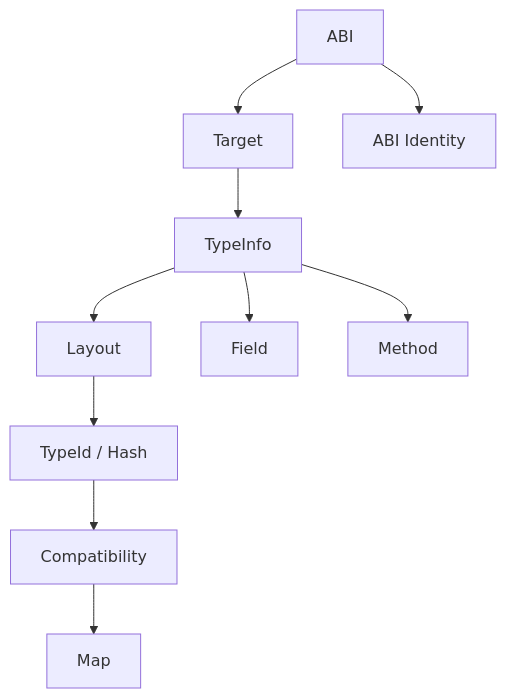
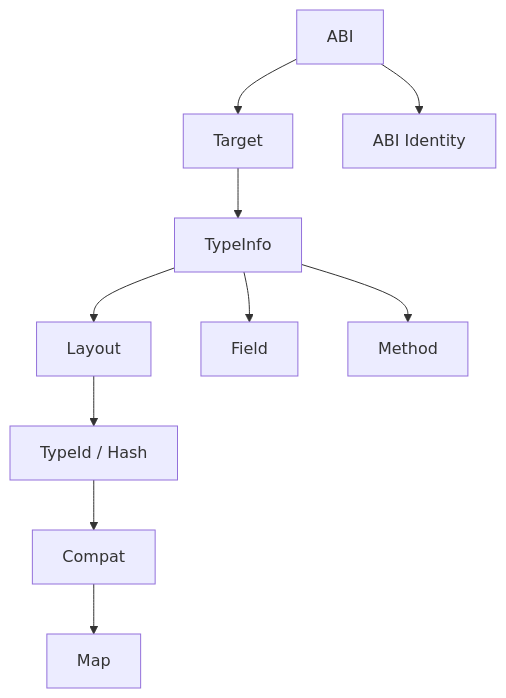
The second of 12 diagrams in docs/getting-started/bootstrap.md (Sukanle/ABIX), drawn with Mermaid before and after one commit. The commit also changed other lines of this file and 262 other files, not shown here.

````diff
--- a/docs/getting-started/bootstrap.md
+++ b/docs/getting-started/bootstrap.md
@@ -70,12 +70,12 @@
 ```mermaid
 graph TD
     ABI --> Target
     ABI --> ABIIdentity["ABI Identity"]
     Target --> TypeInfo
     TypeInfo --> Layout
     TypeInfo --> Field
     TypeInfo --> Method
     Layout --> TypeIdHash["TypeId / Hash"]
-    TypeIdHash --> Compatibility
-    Compatibility --> Map
+    TypeIdHash --> Compat
+    Compat --> Map
 ```
````
